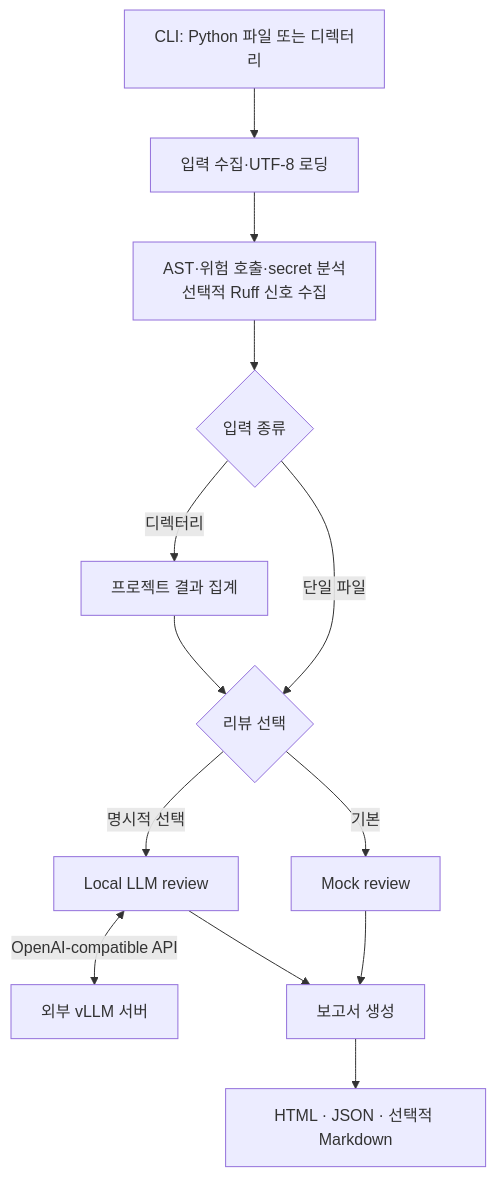
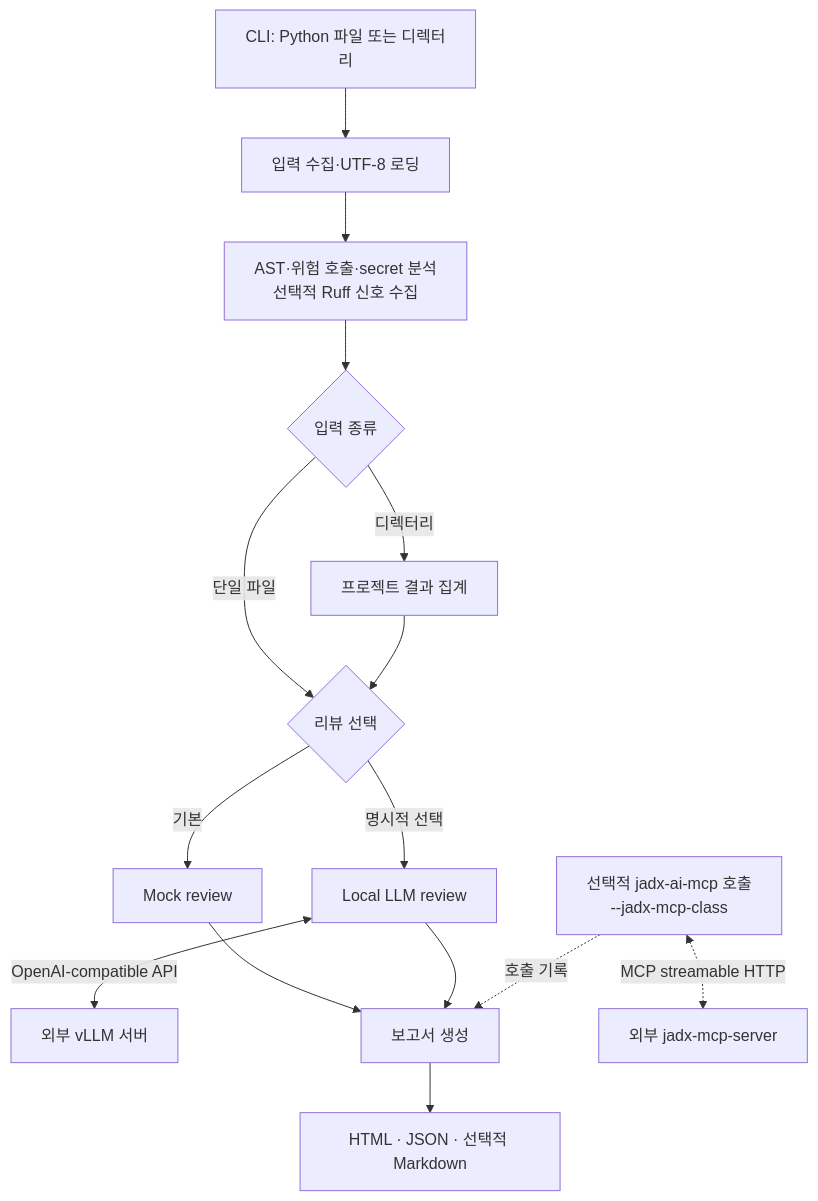
Before and after one commit to Malicious-code-detection-project/project_Nurilab: the diagram in README.md, drawn with Mermaid. The commit also changed other lines of this file and 1 other file, not shown here.

First line of the commit message:
[Phase 4] README와 PLAN에 jadx-ai-mcp 연결 완료 상태 반영 (THE-150) (#60)

````diff
--- a/README.md
+++ b/README.md
@@ -30,15 +32,17 @@
 ```mermaid
 flowchart TD
     C[CLI: Python 파일 또는 디렉터리] --> I[입력 수집·UTF-8 로딩]
     I --> A[AST·위험 호출·secret 분석<br/>선택적 Ruff 신호 수집]
     A --> B{입력 종류}
     B -->|단일 파일| R{리뷰 선택}
     B -->|디렉터리| G[프로젝트 결과 집계]
     G --> R
     R -->|기본| M[Mock review]
     R -->|명시적 선택| L[Local LLM review]
     L <-->|OpenAI-compatible API| S[외부 vLLM 서버]
     M --> P[보고서 생성]
     L --> P
+    X[선택적 jadx-ai-mcp 호출<br/>--jadx-mcp-class] -.->|호출 기록| P
+    X <-.->|MCP streamable HTTP| J[외부 jadx-mcp-server]
     P --> O[HTML · JSON · 선택적 Markdown]
 ```
````
